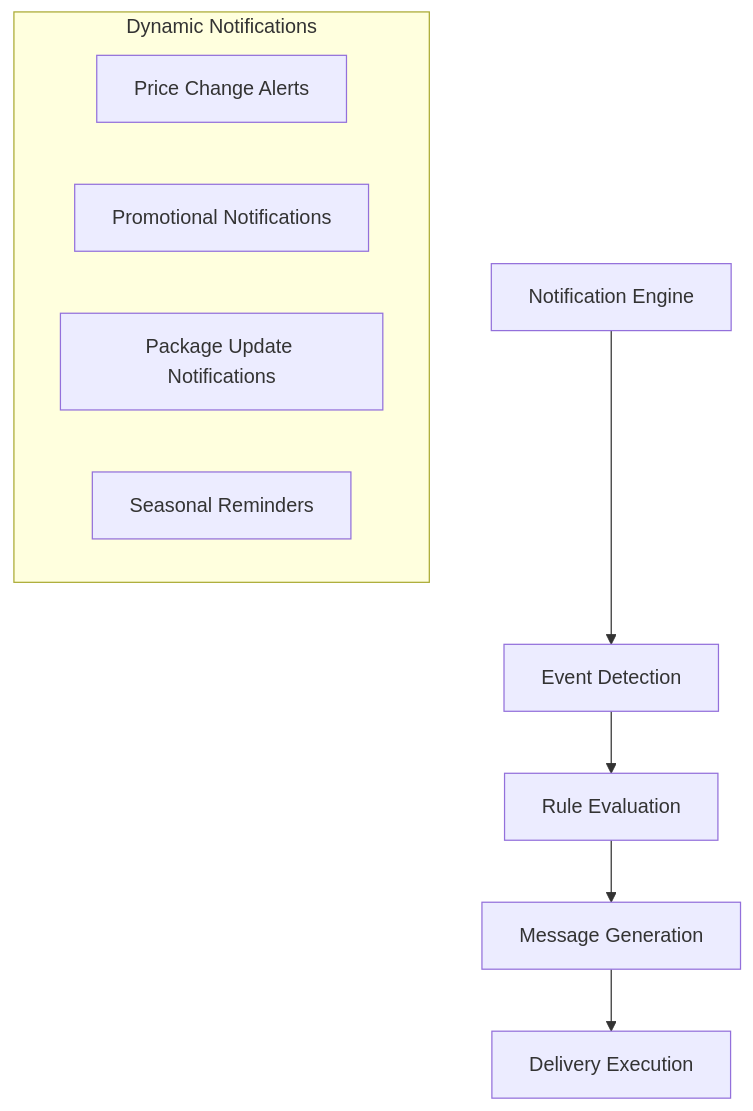
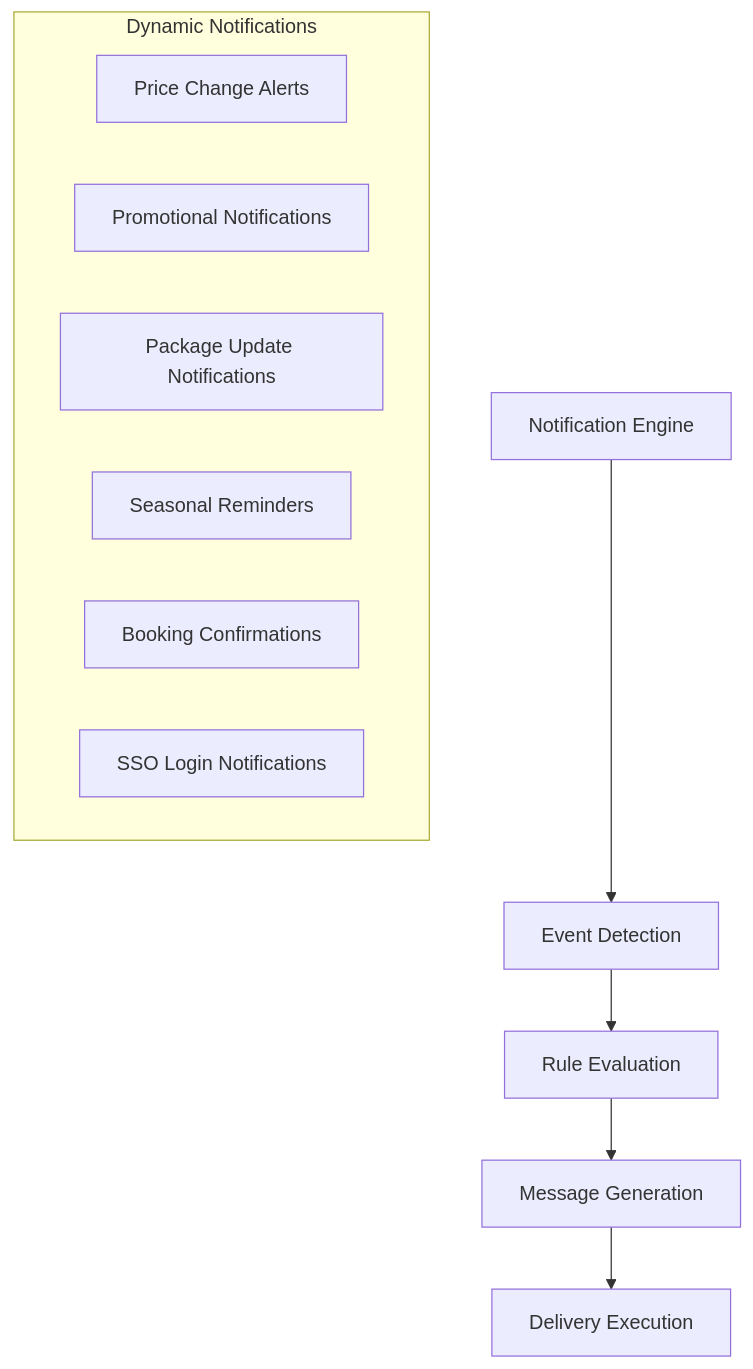
One commit to BlackCoffeee/raujan_pool changed diagram 14 of 19 in Planing/03-analisa-fitur.md. Above: the diagram before and after it, drawn with Mermaid. The commit also changed other lines of this file and 4 other files, not shown here.

Commit message:
Update system documentation to include Guest Booking System, Google SSO Integration, and Mobile-First Web Application features, enhancing the overall functionality and user experience for Raujan Pool Syariah management system.

````diff
--- a/Planing/03-analisa-fitur.md
+++ b/Planing/03-analisa-fitur.md
@@ -287,14 +343,16 @@
 ```mermaid
 graph TD
     A[Notification Engine] --> B[Event Detection]
     B --> C[Rule Evaluation]
     C --> D[Message Generation]
     D --> E[Delivery Execution]
-
+    
     subgraph "Dynamic Notifications"
         N1[Price Change Alerts]
         N2[Promotional Notifications]
         N3[Package Update Notifications]
         N4[Seasonal Reminders]
+        N5[Booking Confirmations]
+        N6[SSO Login Notifications]
     end
 ```
````
